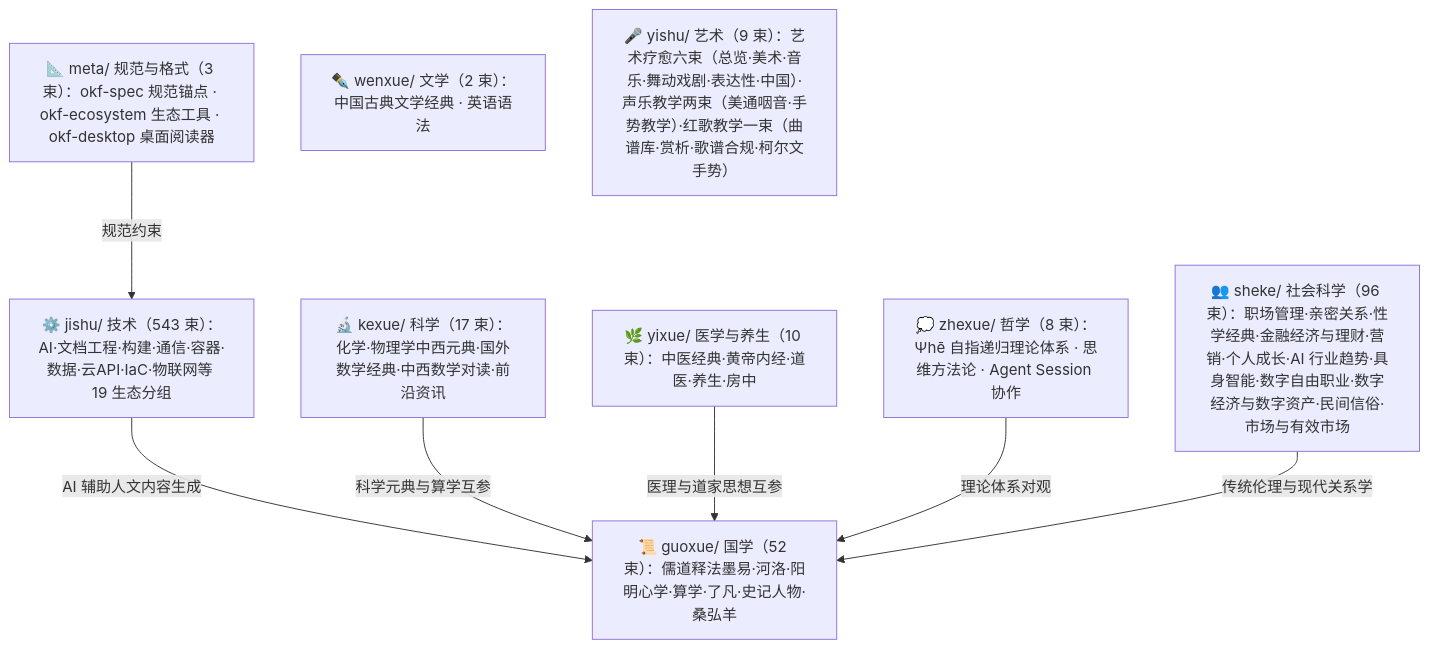
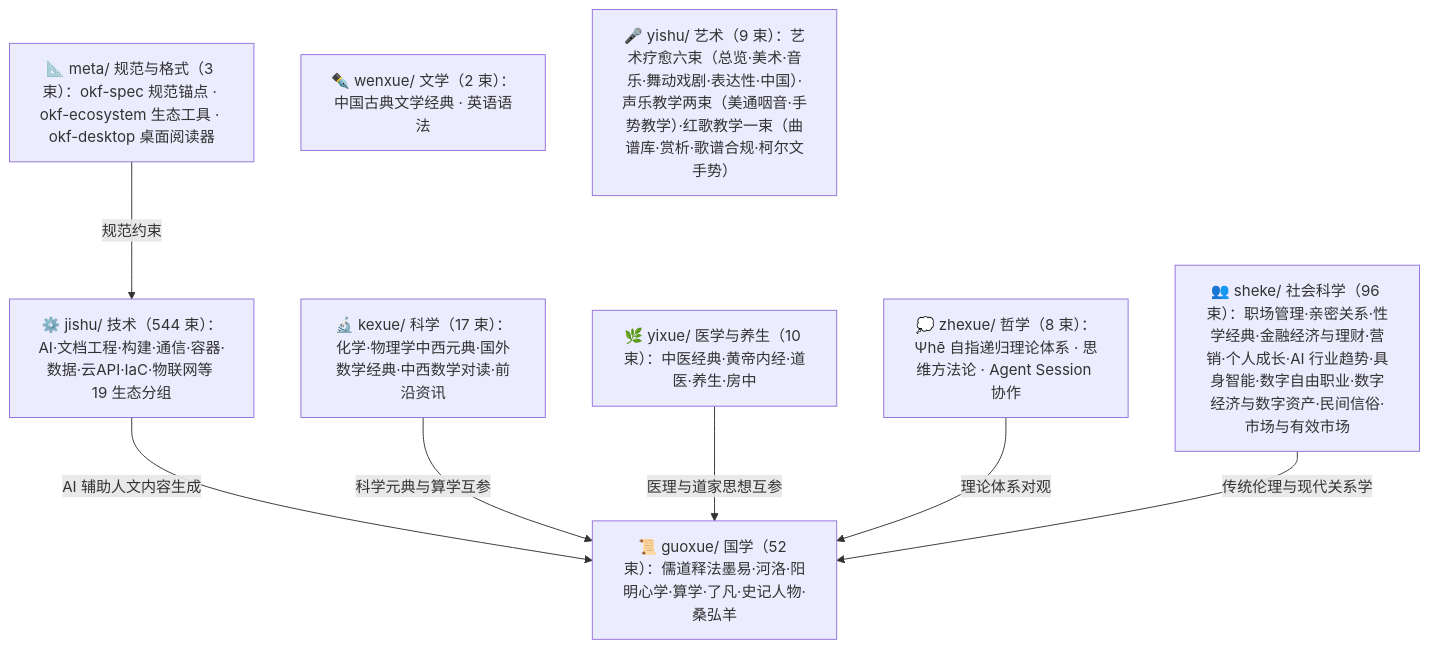
Before and after one commit to awesome-flexloop/awesome-okf: the diagram in doc/bundles/index.md, drawn with Mermaid. The commit also changed other lines of this file and 24 other files, not shown here.

First line of the commit message:
docs(jishu): 新增豆包 Seedream 5.5 生图教程知识包并同步库规模至 741 束

````diff
--- a/doc/bundles/index.md
+++ b/doc/bundles/index.md
@@ -21,18 +21,18 @@
 ```mermaid
 flowchart TD
     meta["📐 meta/ 规范与格式（3 束）：okf-spec 规范锚点 · okf-ecosystem 生态工具 · okf-desktop 桌面阅读器"]
     guoxue["📜 guoxue/ 国学（52 束）：儒道释法墨易·河洛·阳明心学·算学·了凡·史记人物·桑弘羊"]
     zhexue["💭 zhexue/ 哲学（8 束）：Ψhē 自指递归理论体系 · 思维方法论 · Agent Session 协作"]
     kexue["🔬 kexue/ 科学（17 束）：化学·物理学中西元典·国外数学经典·中西数学对读·前沿资讯"]
     wenxue["✒️ wenxue/ 文学（2 束）：中国古典文学经典 · 英语语法"]
     yixue["🌿 yixue/ 医学与养生（10 束）：中医经典·黄帝内经·道医·养生·房中"]
     sheke["👥 sheke/ 社会科学（96 束）：职场管理·亲密关系·性学经典·金融经济与理财·营销·个人成长·AI 行业趋势·具身智能·数字自由职业·数字经济与数字资产·民间信俗·市场与有效市场"]
     yishu["🎤 yishu/ 艺术（9 束）：艺术疗愈六束（总览·美术·音乐·舞动戏剧·表达性·中国）·声乐教学两束（美通咽音·手势教学）·红歌教学一束（曲谱库·赏析·歌谱合规·柯尔文手势）"]
-    jishu["⚙️ jishu/ 技术（543 束）：AI·文档工程·构建·通信·容器·数据·云API·IaC·物联网等 19 生态分组"]
+    jishu["⚙️ jishu/ 技术（544 束）：AI·文档工程·构建·通信·容器·数据·云API·IaC·物联网等 19 生态分组"]
     meta -->|"规范约束"| jishu
     jishu -->|"AI 辅助人文内容生成"| guoxue
     kexue -->|"科学元典与算学互参"| guoxue
     yixue -->|"医理与道家思想互参"| guoxue
     zhexue -->|"理论体系对观"| guoxue
     sheke -->|"传统伦理与现代关系学"| guoxue
 ```
````
